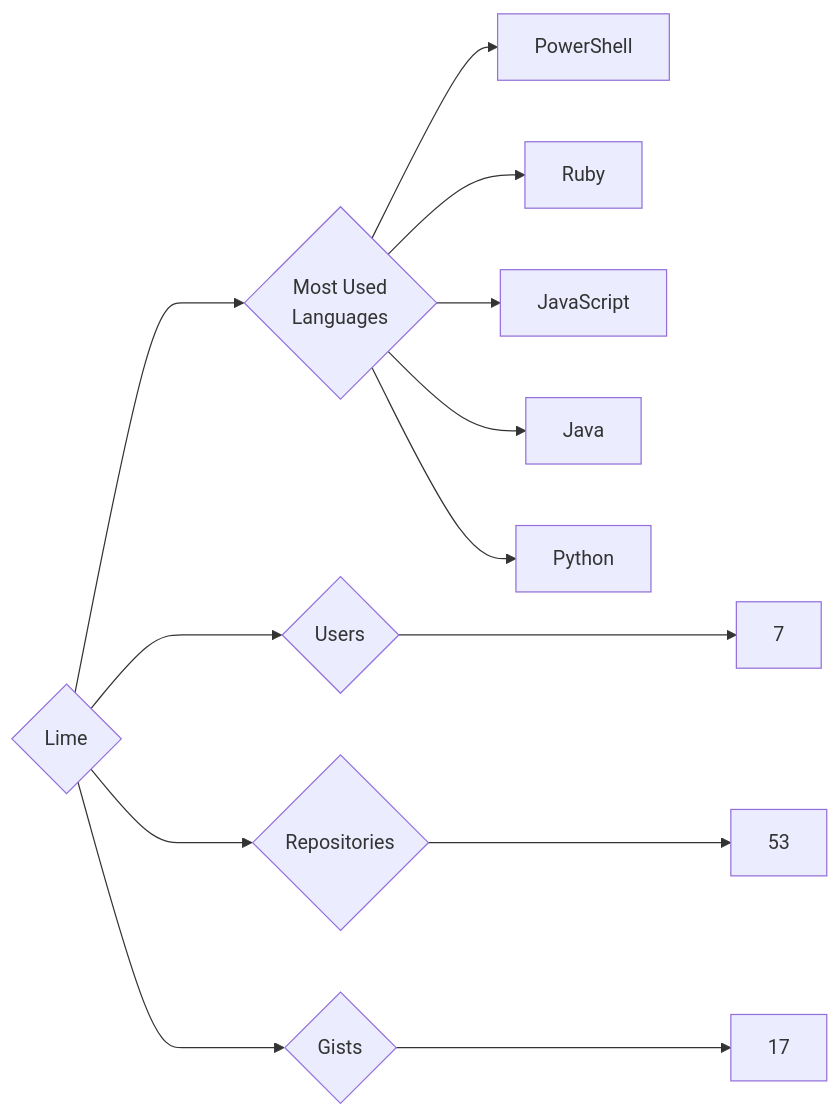
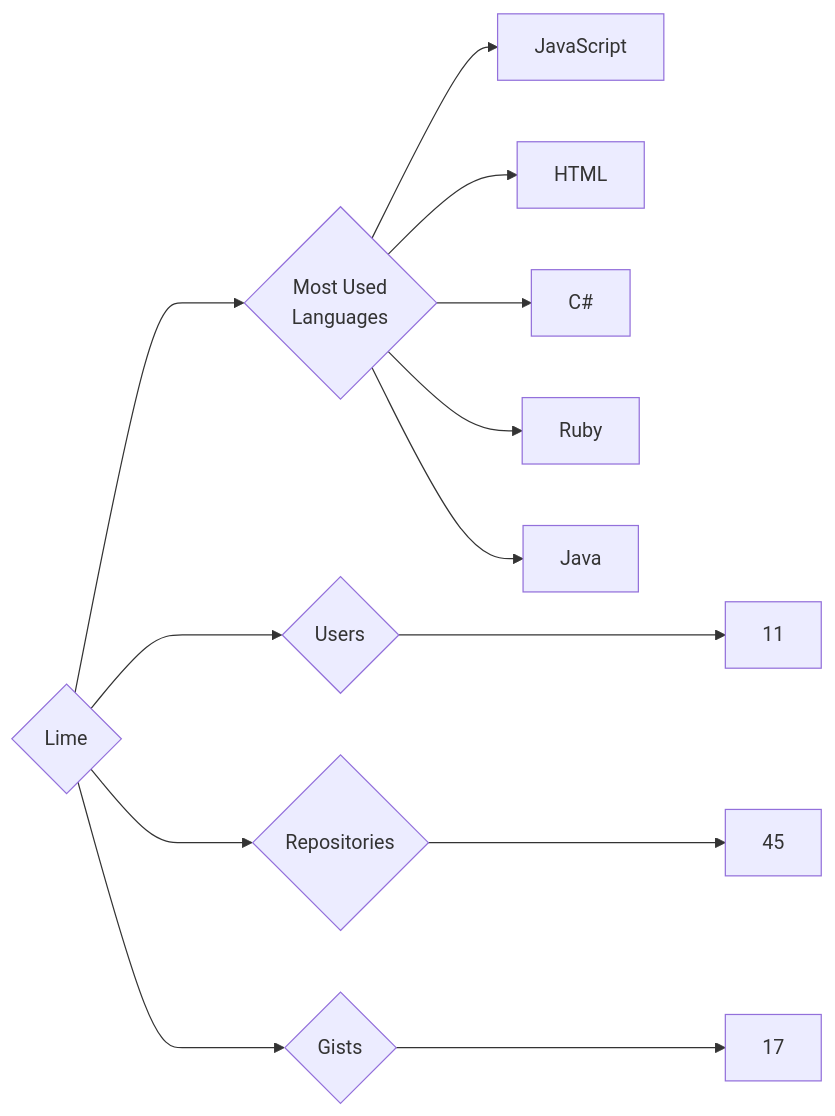
The diagram in targets/Lime/README.md (trickest/insiders), drawn with Mermaid before and after one commit. The commit also changed 953 other files, not shown here.

````diff
--- a/targets/Lime/README.md
+++ b/targets/Lime/README.md
@@ -3,13 +3,13 @@
 ```mermaid
 graph LR
 COMPANY_NAME{Lime}
-COMPANY_NAME ---> U{Users} ---> UN[7]
-COMPANY_NAME ---> R{Repositories} ---> RN[53]
+COMPANY_NAME ---> U{Users} ---> UN[11]
+COMPANY_NAME ---> R{Repositories} ---> RN[45]
 COMPANY_NAME ---> G{Gists} ---> GN[17]
 COMPANY_NAME ---> ML{Most Used<br>Languages}
-ML --> PowerShell[PowerShell]
+ML --> JavaScript[JavaScript]
+ML --> HTML[HTML]
+ML --> C#[C#]
 ML --> Ruby[Ruby]
-ML --> JavaScript[JavaScript]
 ML --> Java[Java]
-ML --> Python[Python]
 ```
````
